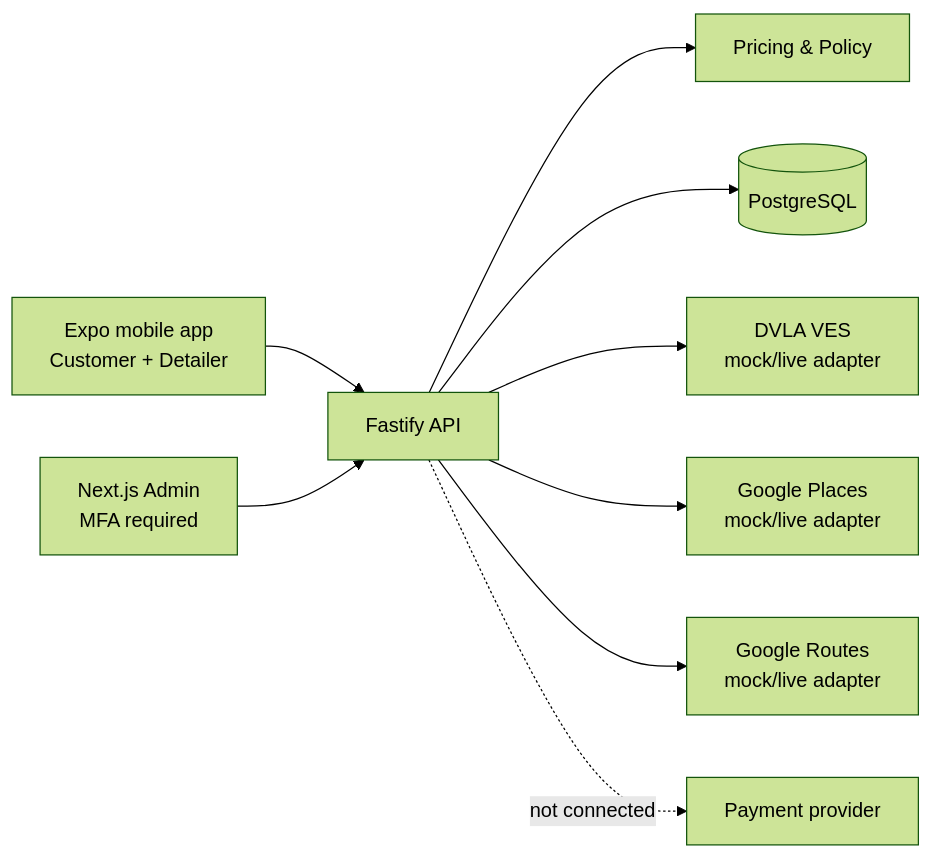
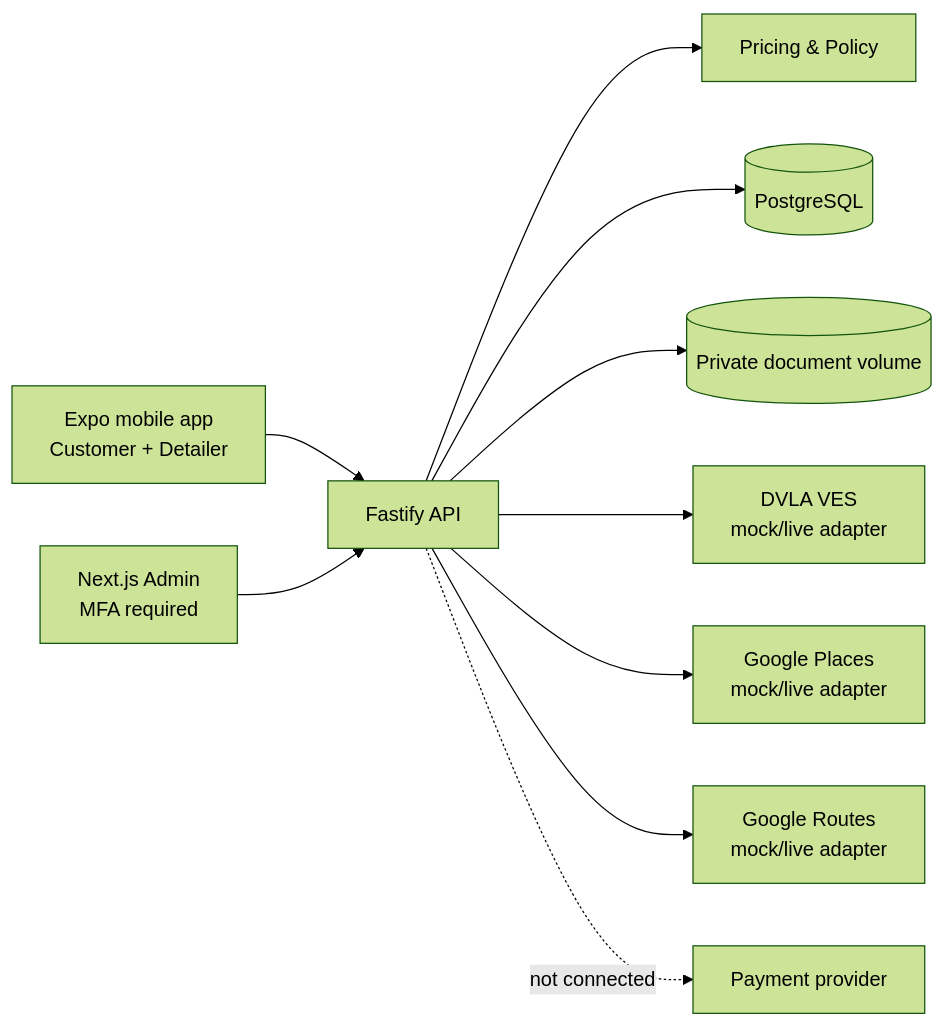
The diagram in docs/ARCHITECTURE.md (patrickhughes0005-ctrl/valx.uk), drawn with Mermaid (forest theme) before and after one commit. The commit also changed other lines of this file and 27 other files, not shown here.

````diff
--- a/docs/ARCHITECTURE.md
+++ b/docs/ARCHITECTURE.md
@@ -17,11 +17,12 @@
 ```mermaid
 flowchart LR
   Mobile["Expo mobile app\nCustomer + Detailer"] --> API["Fastify API"]
   Admin["Next.js Admin\nMFA required"] --> API
   API --> Pricing["Pricing & Policy"]
   API --> DB[("PostgreSQL")]
+  API --> Documents[("Private document volume")]
   API --> DVLA["DVLA VES\nmock/live adapter"]
   API --> Places["Google Places\nmock/live adapter"]
   API --> Routes["Google Routes\nmock/live adapter"]
   API -. "not connected" .-> Payments["Payment provider"]
 ```
````
